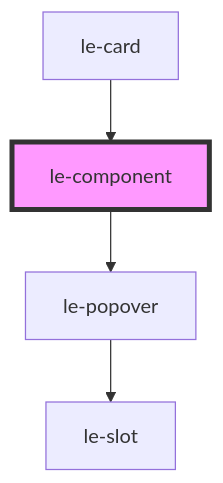
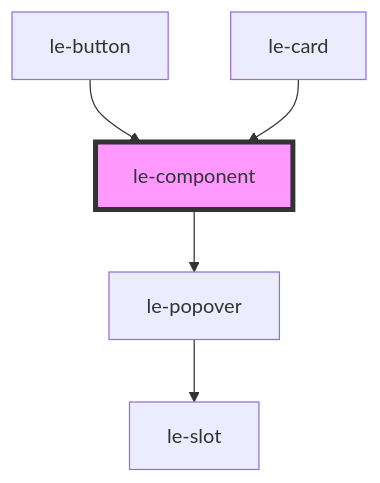
Before and after one commit to leechy/le-kit: the diagram in src/components/le-component/readme.md, drawn with Mermaid. The commit also changed other lines of this file and 10 other files, not shown here.

First line of the commit message:
Add le-button component with theme-based colors

````diff
--- a/src/components/le-component/readme.md
+++ b/src/components/le-component/readme.md
@@ -59,7 +60,8 @@
 ```mermaid
 graph TD;
   le-component --> le-popover
   le-popover --> le-slot
+  le-button --> le-component
   le-card --> le-component
   style le-component fill:#f9f,stroke:#333,stroke-width:4px
 ```
````
